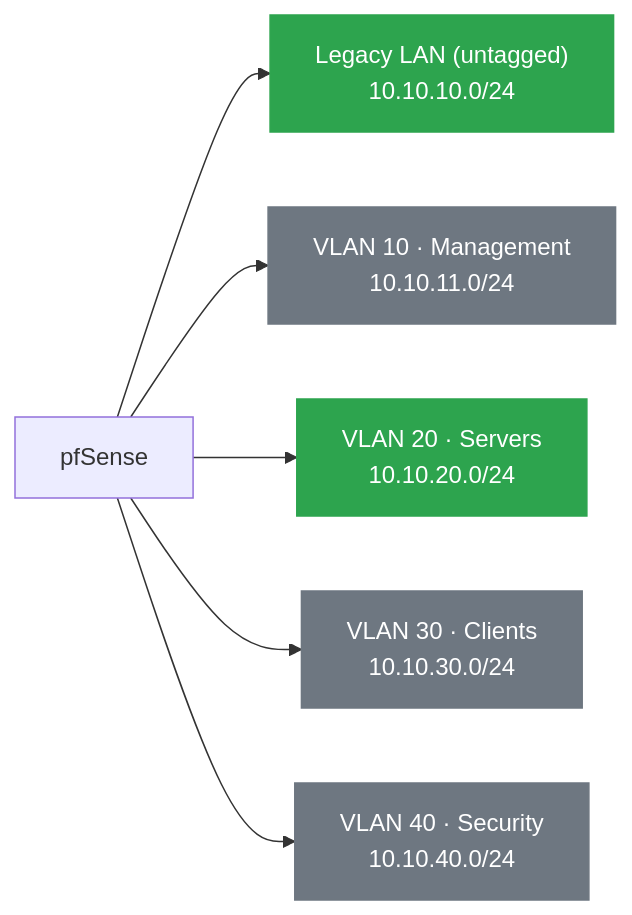
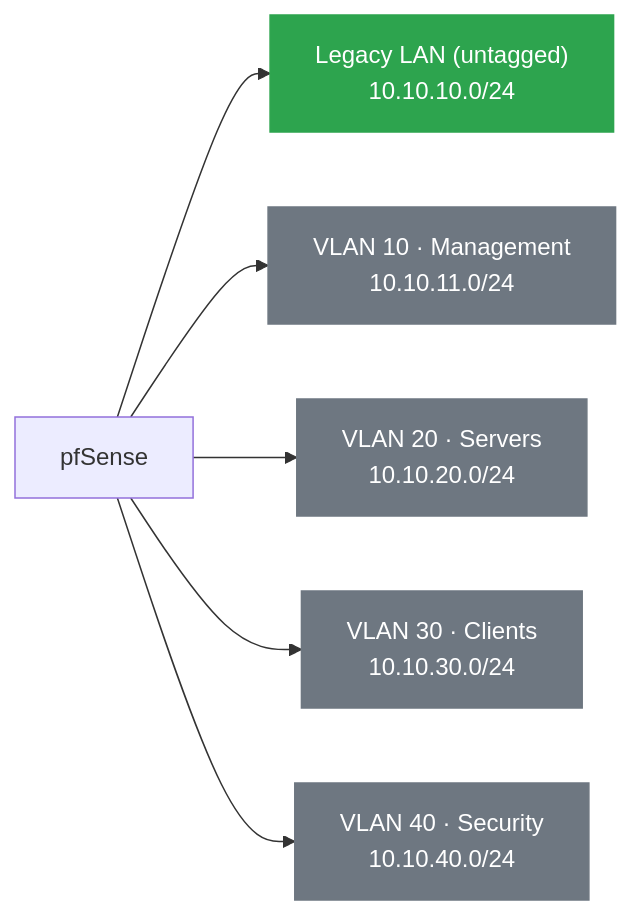
Before and after one commit to ClydeWasEjected/ClydeHomeLab: the second of 5 diagrams in HomeLab/1 - Infrastructure/Homelab - Inventory.md, drawn with Mermaid. The commit also changed other lines of this file and 8 other files, not shown here.

````diff
--- a/HomeLab/1 - Infrastructure/Homelab - Inventory.md
+++ b/HomeLab/1 - Infrastructure/Homelab - Inventory.md
@@ -65,13 +65,13 @@
 ```mermaid
 flowchart LR
     pf["pfSense"] --> legacy["Legacy LAN (untagged)<br/>10.10.10.0/24"]
     pf --> v10["VLAN 10 · Management<br/>10.10.11.0/24"]
     pf --> v20["VLAN 20 · Servers<br/>10.10.20.0/24"]
     pf --> v30["VLAN 30 · Clients<br/>10.10.30.0/24"]
     pf --> v40["VLAN 40 · Security<br/>10.10.40.0/24"]
 
     classDef used fill:#2da44e,stroke:#2da44e,color:#fff
     classDef empty fill:#6e7781,stroke:#6e7781,color:#fff
-    class legacy,v20 used
-    class v10,v30,v40 empty
+    class legacy used
+    class v10,v20,v30,v40 empty
 ```
````
